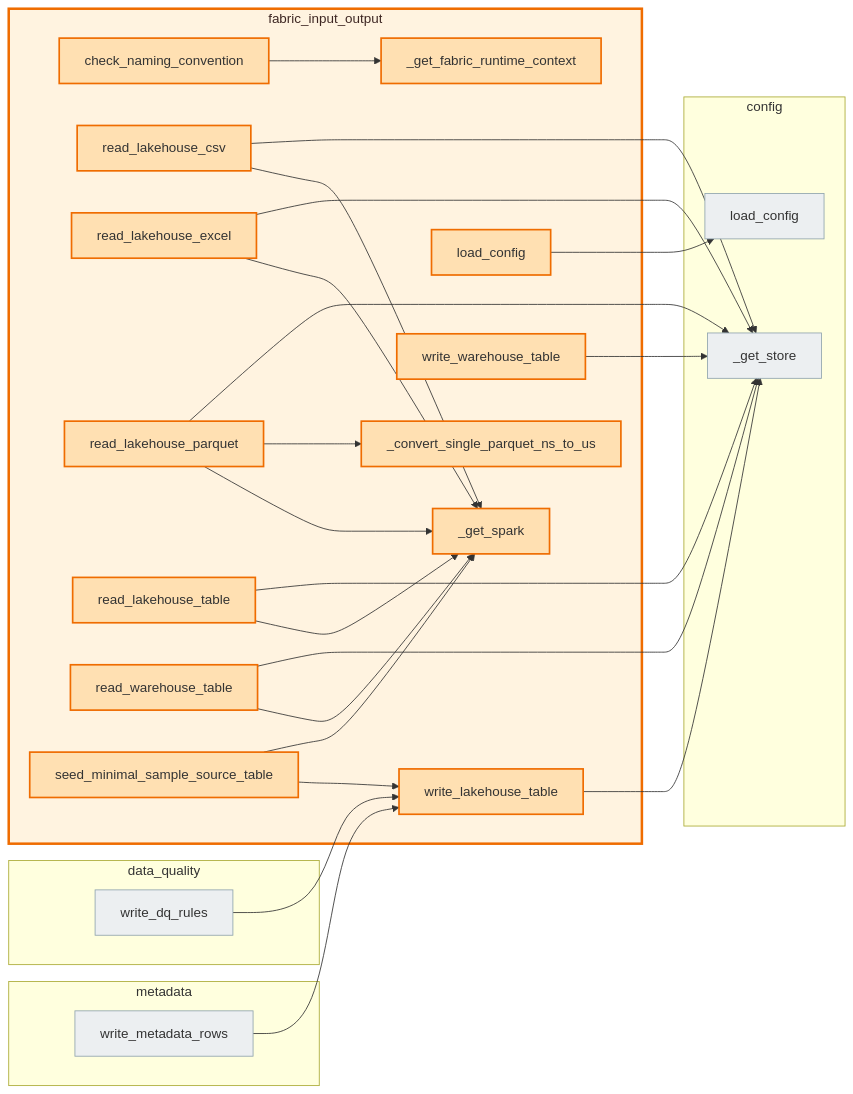
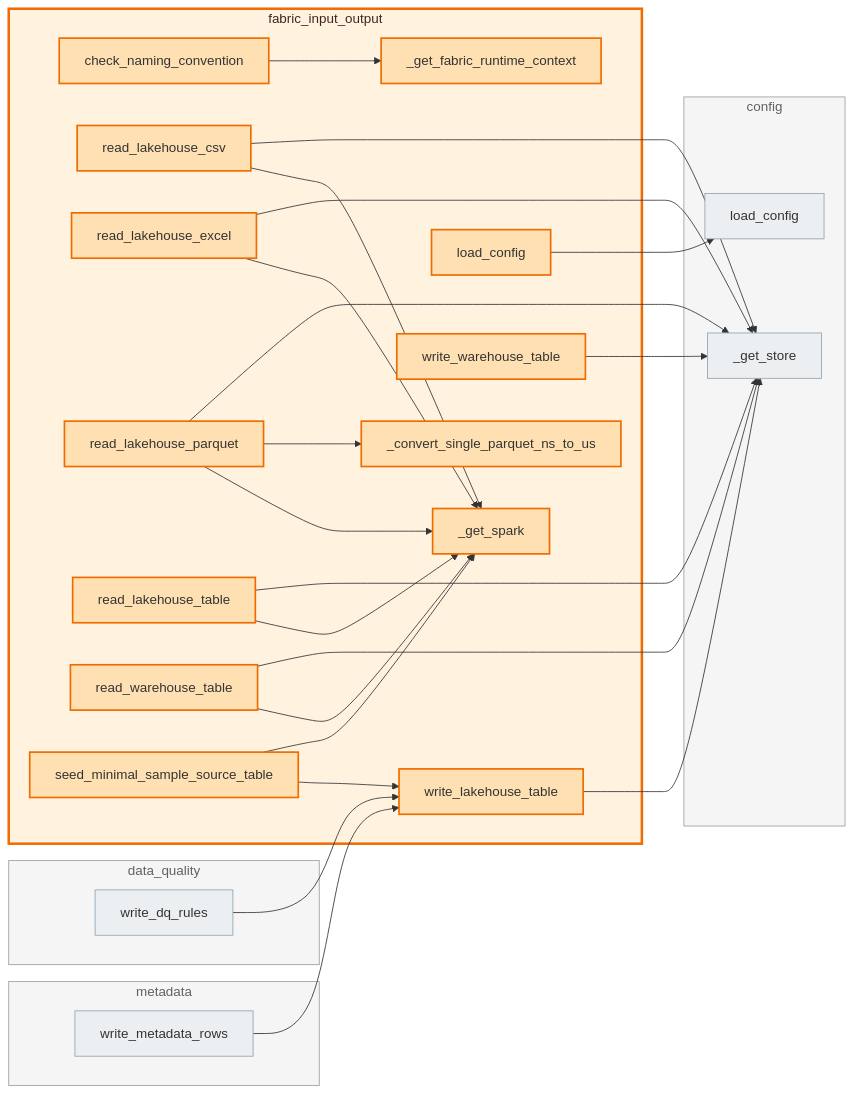
One commit to Voycepeh/FabricOps-Starter-Kit changed the diagram in docs/api/modules/fabric_input_output.md. Above: the diagram before and after it, drawn with Mermaid. The commit also changed other lines of this file and 14 other files, not shown here.

````diff
--- a/docs/api/modules/fabric_input_output.md
+++ b/docs/api/modules/fabric_input_output.md
@@ -115,54 +115,55 @@
 ```mermaid
 flowchart LR
   classDef currentModule fill:#fff3e0,stroke:#ef6c00,stroke-width:3px,color:#3e2723;
   classDef externalModule fill:#f5f5f5,stroke:#9e9e9e,stroke-width:1px,color:#616161;
   classDef currentCallable fill:#ffe0b2,stroke:#ef6c00,stroke-width:2px;
   classDef externalCallable fill:#eceff1,stroke:#90a4ae,stroke-width:1px;
   subgraph m_config[config]
     fabricops_kit_config__get_store["_get_store"]
     fabricops_kit_config_load_config["load_config"]
   end
   subgraph m_data_quality[data_quality]
     fabricops_kit_data_quality_write_dq_rules["write_dq_rules"]
   end
   subgraph m_fabric_input_output[fabric_input_output]
     fabricops_kit_fabric_input_output__convert_single_parquet_ns_to_us["_convert_single_parquet_ns_to_us"]
     fabricops_kit_fabric_input_output__get_fabric_runtime_context["_get_fabric_runtime_context"]
     fabricops_kit_fabric_input_output__get_spark["_get_spark"]
     fabricops_kit_fabric_input_output_check_naming_convention["check_naming_convention"]
     fabricops_kit_fabric_input_output_load_config["load_config"]
     fabricops_kit_fabric_input_output_read_lakehouse_csv["read_lakehouse_csv"]
     fabricops_kit_fabric_input_output_read_lakehouse_excel["read_lakehouse_excel"]
     fabricops_kit_fabric_input_output_read_lakehouse_parquet["read_lakehouse_parquet"]
     fabricops_kit_fabric_input_output_read_lakehouse_table["read_lakehouse_table"]
     fabricops_kit_fabric_input_output_read_warehouse_table["read_warehouse_table"]
     fabricops_kit_fabric_input_output_seed_minimal_sample_source_table["seed_minimal_sample_source_table"]
     fabricops_kit_fabric_input_output_write_lakehouse_table["write_lakehouse_table"]
     fabricops_kit_fabric_input_output_write_warehouse_table["write_warehouse_table"]
   end
   subgraph m_metadata[metadata]
     fabricops_kit_metadata_write_metadata_rows["write_metadata_rows"]
   end
   fabricops_kit_data_quality_write_dq_rules --> fabricops_kit_fabric_input_output_write_lakehouse_table
   fabricops_kit_fabric_input_output_check_naming_convention --> fabricops_kit_fabric_input_output__get_fabric_runtime_context
   fabricops_kit_fabric_input_output_load_config --> fabricops_kit_config_load_config
   fabricops_kit_fabric_input_output_read_lakehouse_csv --> fabricops_kit_config__get_store
   fabricops_kit_fabric_input_output_read_lakehouse_csv --> fabricops_kit_fabric_input_output__get_spark
   fabricops_kit_fabric_input_output_read_lakehouse_excel --> fabricops_kit_config__get_store
   fabricops_kit_fabric_input_output_read_lakehouse_excel --> fabricops_kit_fabric_input_output__get_spark
   fabricops_kit_fabric_input_output_read_lakehouse_parquet --> fabricops_kit_config__get_store
   fabricops_kit_fabric_input_output_read_lakehouse_parquet --> fabricops_kit_fabric_input_output__convert_single_parquet_ns_to_us
   fabricops_kit_fabric_input_output_read_lakehouse_parquet --> fabricops_kit_fabric_input_output__get_spark
   fabricops_kit_fabric_input_output_read_lakehouse_table --> fabricops_kit_config__get_store
   fabricops_kit_fabric_input_output_read_lakehouse_table --> fabricops_kit_fabric_input_output__get_spark
   fabricops_kit_fabric_input_output_read_warehouse_table --> fabricops_kit_config__get_store
   fabricops_kit_fabric_input_output_read_warehouse_table --> fabricops_kit_fabric_input_output__get_spark
   fabricops_kit_fabric_input_output_seed_minimal_sample_source_table --> fabricops_kit_fabric_input_output__get_spark
   fabricops_kit_fabric_input_output_seed_minimal_sample_source_table --> fabricops_kit_fabric_input_output_write_lakehouse_table
   fabricops_kit_fabric_input_output_write_lakehouse_table --> fabricops_kit_config__get_store
   fabricops_kit_fabric_input_output_write_warehouse_table --> fabricops_kit_config__get_store
   fabricops_kit_metadata_write_metadata_rows --> fabricops_kit_fabric_input_output_write_lakehouse_table
   class m_fabric_input_output currentModule;
+  class m_config,m_data_quality,m_metadata externalModule;
   class fabricops_kit_fabric_input_output__convert_single_parquet_ns_to_us,fabricops_kit_fabric_input_output__get_fabric_runtime_context,fabricops_kit_fabric_input_output__get_spark,fabricops_kit_fabric_input_output_check_naming_convention,fabricops_kit_fabric_input_output_load_config,fabricops_kit_fabric_input_output_read_lakehouse_csv,fabricops_kit_fabric_input_output_read_lakehouse_excel,fabricops_kit_fabric_input_output_read_lakehouse_parquet,fabricops_kit_fabric_input_output_read_lakehouse_table,fabricops_kit_fabric_input_output_read_warehouse_table,fabricops_kit_fabric_input_output_seed_minimal_sample_source_table,fabricops_kit_fabric_input_output_write_lakehouse_table,fabricops_kit_fabric_input_output_write_warehouse_table currentCallable;
   class fabricops_kit_config__get_store,fabricops_kit_config_load_config,fabricops_kit_data_quality_write_dq_rules,fabricops_kit_metadata_write_metadata_rows externalCallable;
 ```
````
